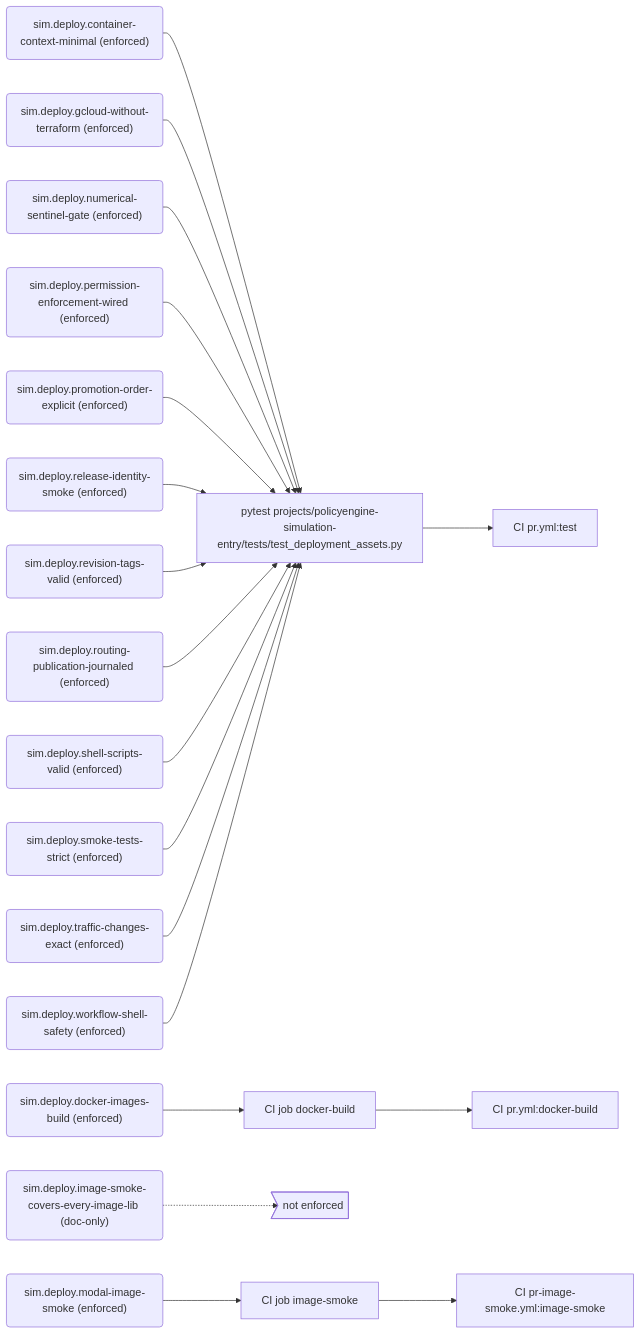
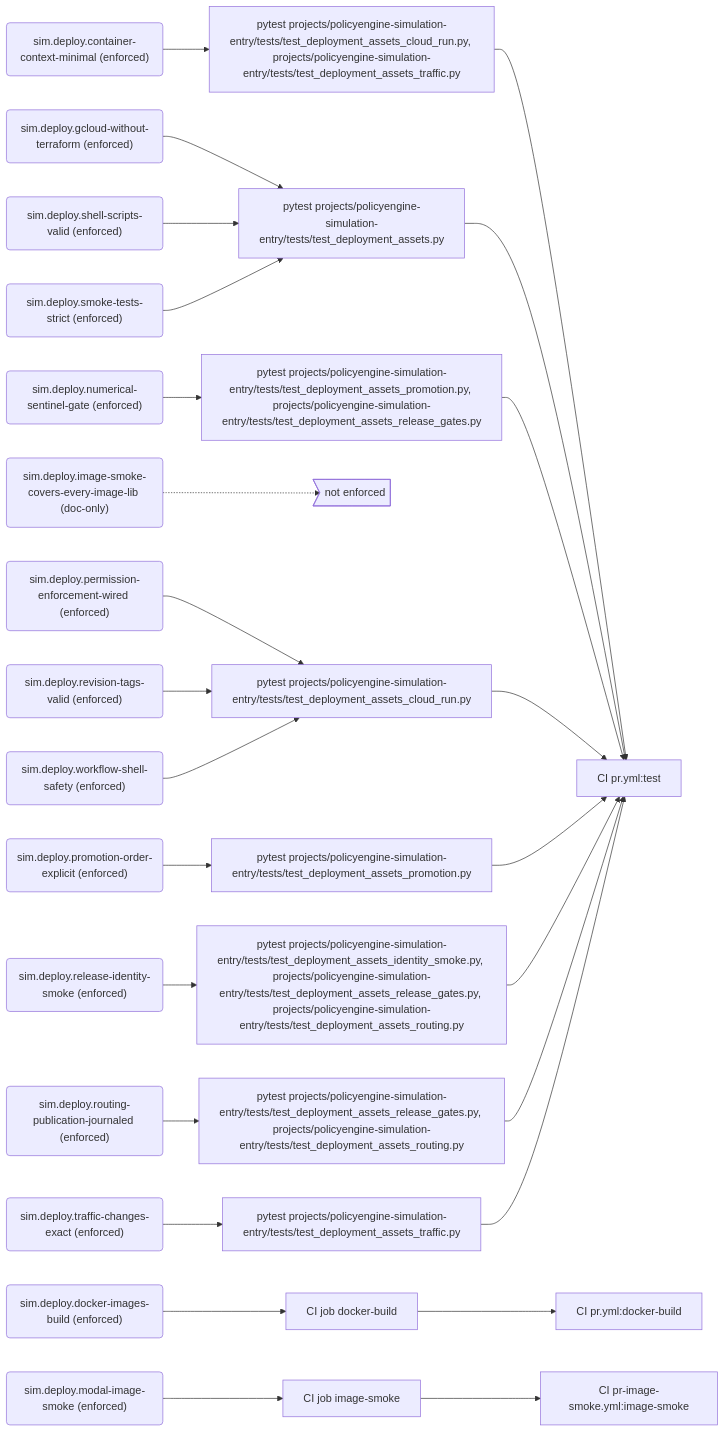
The third of 10 diagrams in docs/generated/rules.md (PolicyEngine/policyengine-sim-api), drawn with Mermaid before and after one commit. The commit also changed other lines of this file and 14 other files, not shown here.

First line of the commit message:
Split the entrypoint app and its deployment asset tests

````diff
--- a/docs/generated/rules.md
+++ b/docs/generated/rules.md
@@ -158,43 +162,57 @@
 ```mermaid
 flowchart LR
   r_sim_deploy_container_context_minimal("sim.deploy.container-context-minimal (enforced)")
-  e_pytest_projects_policyengine_simulation_entry_tests_test_deployment_assets_py["pytest projects/policyengine-simulation-entry/tests/test_deployment_assets.py"]
+  e_pytest_projects_policyengine_simulation_entry_tests_test_deployment_assets_cloud_run_py__projects_policyengine_simulation_entry_tests_test_deployment_assets_traffic_py["pytest projects/policyengine-simulation-entry/tests/test_deployment_assets_cloud_run.py, projects/policyengine-simulation-entry/tests/test_deployment_assets_traffic.py"]
   j_CI_pr_yml_test["CI pr.yml:test"]
   r_sim_deploy_docker_images_build("sim.deploy.docker-images-build (enforced)")
   e_CI_job_docker_build["CI job docker-build"]
   j_CI_pr_yml_docker_build["CI pr.yml:docker-build"]
   r_sim_deploy_gcloud_without_terraform("sim.deploy.gcloud-without-terraform (enforced)")
+  e_pytest_projects_policyengine_simulation_entry_tests_test_deployment_assets_py["pytest projects/policyengine-simulation-entry/tests/test_deployment_assets.py"]
   r_sim_deploy_image_smoke_covers_every_image_lib("sim.deploy.image-smoke-covers-every-image-lib (doc-only)")
   gap_unenforced>"not enforced"]
   r_sim_deploy_modal_image_smoke("sim.deploy.modal-image-smoke (enforced)")
   e_CI_job_image_smoke["CI job image-smoke"]
   j_CI_pr_image_smoke_yml_image_smoke["CI pr-image-smoke.yml:image-smoke"]
   r_sim_deploy_numerical_sentinel_gate("sim.deploy.numerical-sentinel-gate (enforced)")
+  e_pytest_projects_policyengine_simulation_entry_tests_test_deployment_assets_promotion_py__projects_policyengine_simulation_entry_tests_test_deployment_assets_release_gates_py["pytest projects/policyengine-simulation-entry/tests/test_deployment_assets_promotion.py, projects/policyengine-simulation-entry/tests/test_deployment_assets_release_gates.py"]
   r_sim_deploy_permission_enforcement_wired("sim.deploy.permission-enforcement-wired (enforced)")
+  e_pytest_projects_policyengine_simulation_entry_tests_test_deployment_assets_cloud_run_py["pytest projects/policyengine-simulation-entry/tests/test_deployment_assets_cloud_run.py"]
   r_sim_deploy_promotion_order_explicit("sim.deploy.promotion-order-explicit (enforced)")
+  e_pytest_projects_policyengine_simulation_entry_tests_test_deployment_assets_promotion_py["pytest projects/policyengine-simulation-entry/tests/test_deployment_assets_promotion.py"]
   r_sim_deploy_release_identity_smoke("sim.deploy.release-identity-smoke (enforced)")
+  e_pytest_projects_policyengine_simulation_entry_tests_test_deployment_assets_identity_smoke_py__projects_policyengine_simulation_entry_tests_test_deployment_assets_release_gates_py__projects_policyengine_simulation_entry_tests_test_deployment_assets_routing_py["pytest projects/policyengine-simulation-entry/tests/test_deployment_assets_identity_smoke.py, projects/policyengine-simulation-entry/tests/test_deployment_assets_release_gates.py, projects/policyengine-simulation-entry/tests/test_deployment_assets_routing.py"]
   r_sim_deploy_revision_tags_valid("sim.deploy.revision-tags-valid (enforced)")
   r_sim_deploy_routing_publication_journaled("sim.deploy.routing-publication-journaled (enforced)")
+  e_pytest_projects_policyengine_simulation_entry_tests_test_deployment_assets_release_gates_py__projects_policyengine_simulation_entry_tests_test_deployment_assets_routing_py["pytest projects/policyengine-simulation-entry/tests/test_deployment_assets_release_gates.py, projects/policyengine-simulation-entry/tests/test_deployment_assets_routing.py"]
   r_sim_deploy_shell_scripts_valid("sim.deploy.shell-scripts-valid (enforced)")
   r_sim_deploy_smoke_tests_strict("sim.deploy.smoke-tests-strict (enforced)")
   r_sim_deploy_traffic_changes_exact("sim.deploy.traffic-changes-exact (enforced)")
+  e_pytest_projects_policyengine_simulation_entry_tests_test_deployment_assets_traffic_py["pytest projects/policyengine-simulation-entry/tests/test_deployment_assets_traffic.py"]
   r_sim_deploy_workflow_shell_safety("sim.deploy.workflow-shell-safety (enforced)")
-  r_sim_deploy_container_context_minimal --> e_pytest_projects_policyengine_simulation_entry_tests_test_deployment_assets_py
-  e_pytest_projects_policyengine_simulation_entry_tests_test_deployment_assets_py --> j_CI_pr_yml_test
+  r_sim_deploy_container_context_minimal --> e_pytest_projects_policyengine_simulation_entry_tests_test_deployment_assets_cloud_run_py__projects_policyengine_simulation_entry_tests_test_deployment_assets_traffic_py
+  e_pytest_projects_policyengine_simulation_entry_tests_test_deployment_assets_cloud_run_py__projects_policyengine_simulation_entry_tests_test_deployment_assets_traffic_py --> j_CI_pr_yml_test
   r_sim_deploy_docker_images_build --> e_CI_job_docker_build
   e_CI_job_docker_build --> j_CI_pr_yml_docker_build
   r_sim_deploy_gcloud_without_terraform --> e_pytest_projects_policyengine_simulation_entry_tests_test_deployment_assets_py
+  e_pytest_projects_policyengine_simulation_entry_tests_test_deployment_assets_py --> j_CI_pr_yml_test
   r_sim_deploy_image_smoke_covers_every_image_lib -.-> gap_unenforced
   r_sim_deploy_modal_image_smoke --> e_CI_job_image_smoke
   e_CI_job_image_smoke --> j_CI_pr_image_smoke_yml_image_smoke
-  r_sim_deploy_numerical_sentinel_gate --> e_pytest_projects_policyengine_simulation_entry_tests_test_deployment_assets_py
-  r_sim_deploy_permission_enforcement_wired --> e_pytest_projects_policyengine_simulation_entry_tests_test_deployment_assets_py
-  r_sim_deploy_promotion_order_explicit --> e_pytest_projects_policyengine_simulation_entry_tests_test_deployment_assets_py
-  r_sim_deploy_release_identity_smoke --> e_pytest_projects_policyengine_simulation_entry_tests_test_deployment_assets_py
-  r_sim_deploy_revision_tags_valid --> e_pytest_projects_policyengine_simulation_entry_tests_test_deployment_assets_py
-  r_sim_deploy_routing_publication_journaled --> e_pytest_projects_policyengine_simulation_entry_tests_test_deployment_assets_py
+  r_sim_deploy_numerical_sentinel_gate --> e_pytest_projects_policyengine_simulation_entry_tests_test_deployment_assets_promotion_py__projects_policyengine_simulation_entry_tests_test_deployment_assets_release_gates_py
+  e_pytest_projects_policyengine_simulation_entry_tests_test_deployment_assets_promotion_py__projects_policyengine_simulation_entry_tests_test_deployment_assets_release_gates_py --> j_CI_pr_yml_test
+  r_sim_deploy_permission_enforcement_wired --> e_pytest_projects_policyengine_simulation_entry_tests_test_deployment_assets_cloud_run_py
+  e_pytest_projects_policyengine_simulation_entry_tests_test_deployment_assets_cloud_run_py --> j_CI_pr_yml_test
+  r_sim_deploy_promotion_order_explicit --> e_pytest_projects_policyengine_simulation_entry_tests_test_deployment_assets_promotion_py
+  e_pytest_projects_policyengine_simulation_entry_tests_test_deployment_assets_promotion_py --> j_CI_pr_yml_test
+  r_sim_deploy_release_identity_smoke --> e_pytest_projects_policyengine_simulation_entry_tests_test_deployment_assets_identity_smoke_py__projects_policyengine_simulation_entry_tests_test_deployment_assets_release_gates_py__projects_policyengine_simulation_entry_tests_test_deployment_assets_routing_py
+  e_pytest_projects_policyengine_simulation_entry_tests_test_deployment_assets_identity_smoke_py__projects_policyengine_simulation_entry_tests_test_deployment_assets_release_gates_py__projects_policyengine_simulation_entry_tests_test_deployment_assets_routing_py --> j_CI_pr_yml_test
+  r_sim_deploy_revision_tags_valid --> e_pytest_projects_policyengine_simulation_entry_tests_test_deployment_assets_cloud_run_py
+  r_sim_deploy_routing_publication_journaled --> e_pytest_projects_policyengine_simulation_entry_tests_test_deployment_assets_release_gates_py__projects_policyengine_simulation_entry_tests_test_deployment_assets_routing_py
+  e_pytest_projects_policyengine_simulation_entry_tests_test_deployment_assets_release_gates_py__projects_policyengine_simulation_entry_tests_test_deployment_assets_routing_py --> j_CI_pr_yml_test
   r_sim_deploy_shell_scripts_valid --> e_pytest_projects_policyengine_simulation_entry_tests_test_deployment_assets_py
   r_sim_deploy_smoke_tests_strict --> e_pytest_projects_policyengine_simulation_entry_tests_test_deployment_assets_py
-  r_sim_deploy_traffic_changes_exact --> e_pytest_projects_policyengine_simulation_entry_tests_test_deployment_assets_py
-  r_sim_deploy_workflow_shell_safety --> e_pytest_projects_policyengine_simulation_entry_tests_test_deployment_assets_py
+  r_sim_deploy_traffic_changes_exact --> e_pytest_projects_policyengine_simulation_entry_tests_test_deployment_assets_traffic_py
+  e_pytest_projects_policyengine_simulation_entry_tests_test_deployment_assets_traffic_py --> j_CI_pr_yml_test
+  r_sim_deploy_workflow_shell_safety --> e_pytest_projects_policyengine_simulation_entry_tests_test_deployment_assets_cloud_run_py
 ```
````
